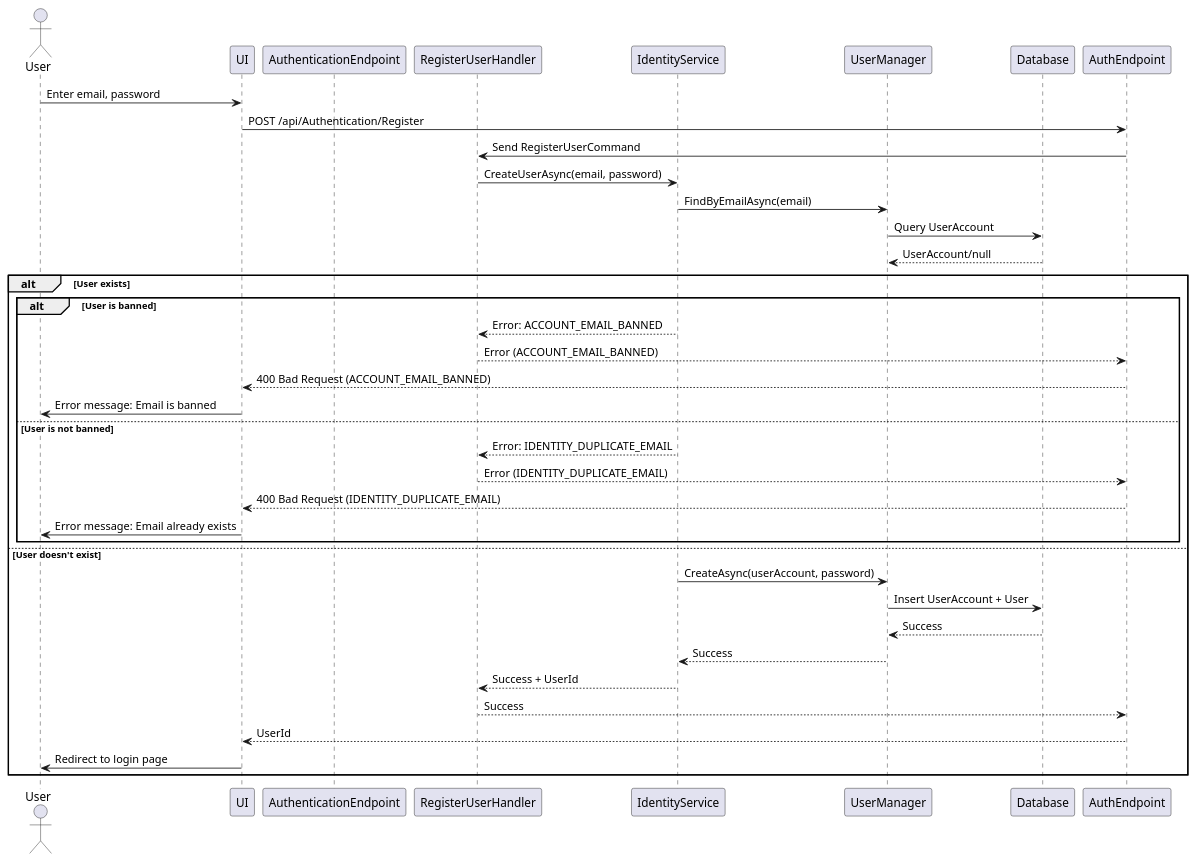
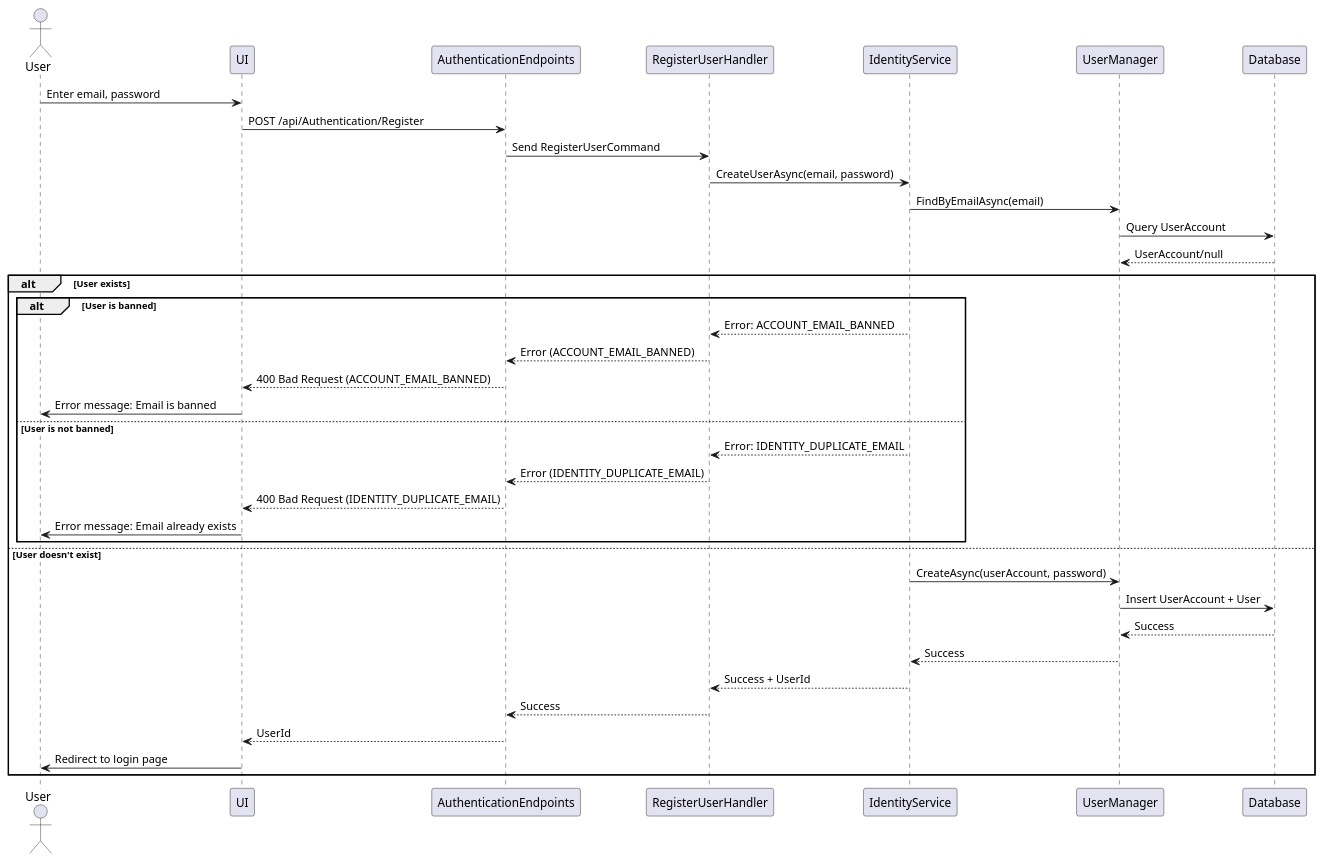
The diagram in authentication/Sequence/01_Register.puml (thanhkhac/SEP_Diagram), drawn with PlantUML before and after one commit. The commit also changed 7 other files, not shown here.

First line of the commit message:
Rename AuthEndpoint to AuthenticationEndpoints in diagrams

```diff
--- a/authentication/Sequence/01_Register.puml
+++ b/authentication/Sequence/01_Register.puml
@@ -1,39 +1,39 @@
 @startuml
 actor User
 participant UI
-participant AuthenticationEndpoint
+participant AuthenticationEndpoints
 participant RegisterUserHandler
 participant IdentityService
 participant UserManager
 participant Database
 
 User -> UI : Enter email, password
-UI -> AuthEndpoint : POST /api/Authentication/Register
-AuthEndpoint -> RegisterUserHandler : Send RegisterUserCommand
+UI -> AuthenticationEndpoints : POST /api/Authentication/Register
+AuthenticationEndpoints -> RegisterUserHandler : Send RegisterUserCommand
 RegisterUserHandler -> IdentityService : CreateUserAsync(email, password)
 IdentityService -> UserManager : FindByEmailAsync(email)
 UserManager -> Database : Query UserAccount
 Database --> UserManager : UserAccount/null
 alt User exists
     alt User is banned
         IdentityService --> RegisterUserHandler : Error: ACCOUNT_EMAIL_BANNED
-        RegisterUserHandler --> AuthEndpoint : Error (ACCOUNT_EMAIL_BANNED)
-        AuthEndpoint --> UI : 400 Bad Request (ACCOUNT_EMAIL_BANNED)
+        RegisterUserHandler --> AuthenticationEndpoints : Error (ACCOUNT_EMAIL_BANNED)
+        AuthenticationEndpoints --> UI : 400 Bad Request (ACCOUNT_EMAIL_BANNED)
         UI -> User : Error message: Email is banned
     else User is not banned
         IdentityService --> RegisterUserHandler : Error: IDENTITY_DUPLICATE_EMAIL
-        RegisterUserHandler --> AuthEndpoint : Error (IDENTITY_DUPLICATE_EMAIL)
-        AuthEndpoint --> UI : 400 Bad Request (IDENTITY_DUPLICATE_EMAIL)
+        RegisterUserHandler --> AuthenticationEndpoints : Error (IDENTITY_DUPLICATE_EMAIL)
+        AuthenticationEndpoints --> UI : 400 Bad Request (IDENTITY_DUPLICATE_EMAIL)
         UI -> User : Error message: Email already exists
     end
 else User doesn't exist
     IdentityService -> UserManager : CreateAsync(userAccount, password)
     UserManager -> Database : Insert UserAccount + User
     Database --> UserManager : Success
     UserManager --> IdentityService : Success
     IdentityService --> RegisterUserHandler : Success + UserId
-    RegisterUserHandler --> AuthEndpoint : Success
-    AuthEndpoint --> UI : UserId
+    RegisterUserHandler --> AuthenticationEndpoints : Success
+    AuthenticationEndpoints --> UI : UserId
     UI -> User : Redirect to login page
 end
 @enduml
```
